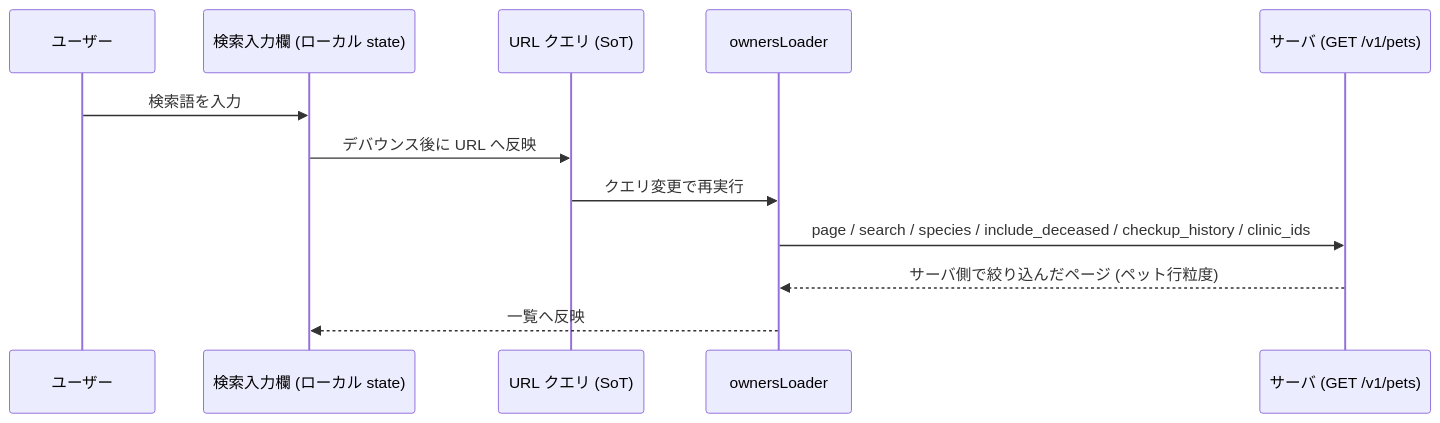
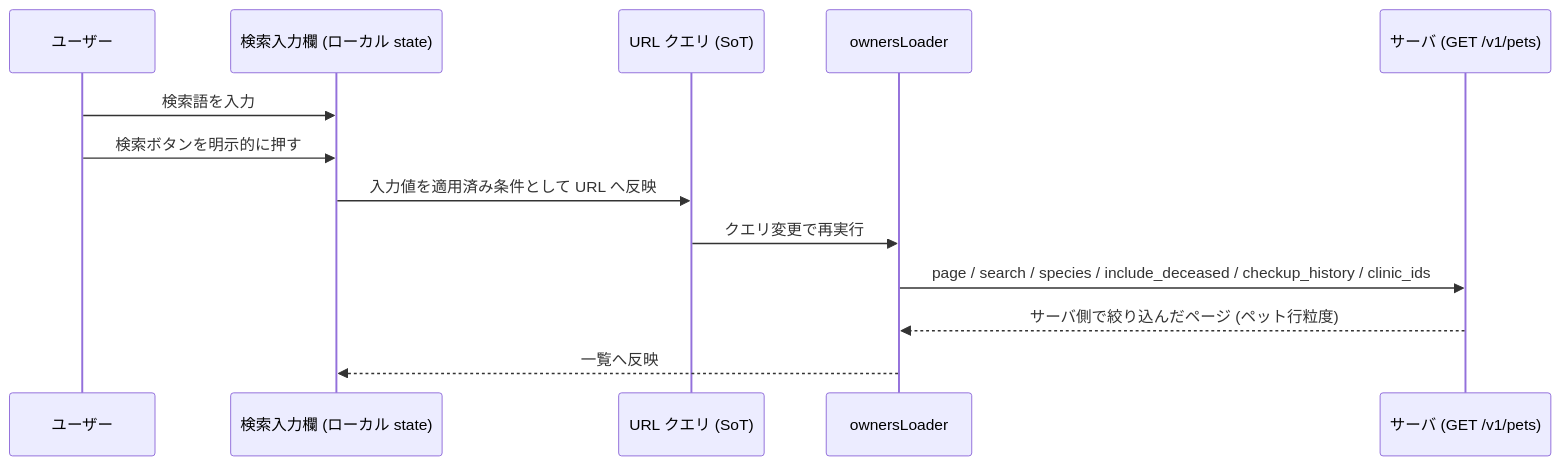
The diagram in docs/spec/screens/03-owners-list.md (MinoruSoga/AnimalEkarte), drawn with Mermaid before and after one commit. The commit also changed other lines of this file and 93 other files, not shown here.

````diff
--- a/docs/spec/screens/03-owners-list.md
+++ b/docs/spec/screens/03-owners-list.md
@@ -74,15 +74,16 @@
 ```mermaid
 sequenceDiagram
     participant U as ユーザー
     participant I as 検索入力欄 (ローカル state)
     participant Q as URL クエリ (SoT)
     participant L as ownersLoader
     participant S as サーバ (GET /v1/pets)
 
     U->>I: 検索語を入力
-    I->>Q: デバウンス後に URL へ反映
+    U->>I: 検索ボタンを明示的に押す
+    I->>Q: 入力値を適用済み条件として URL へ反映
     Q->>L: クエリ変更で再実行
     L->>S: page / search / species / include_deceased / checkup_history / clinic_ids
     S-->>L: サーバ側で絞り込んだページ (ペット行粒度)
     L-->>I: 一覧へ反映
 ```
````
